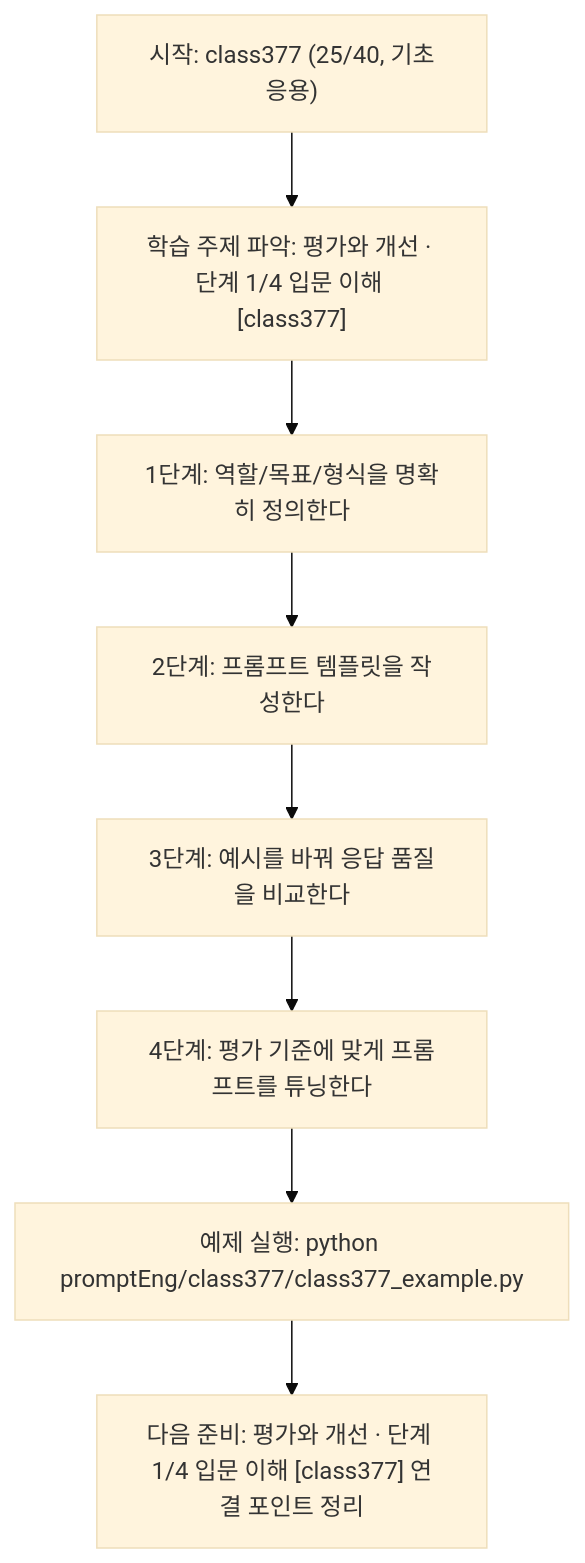
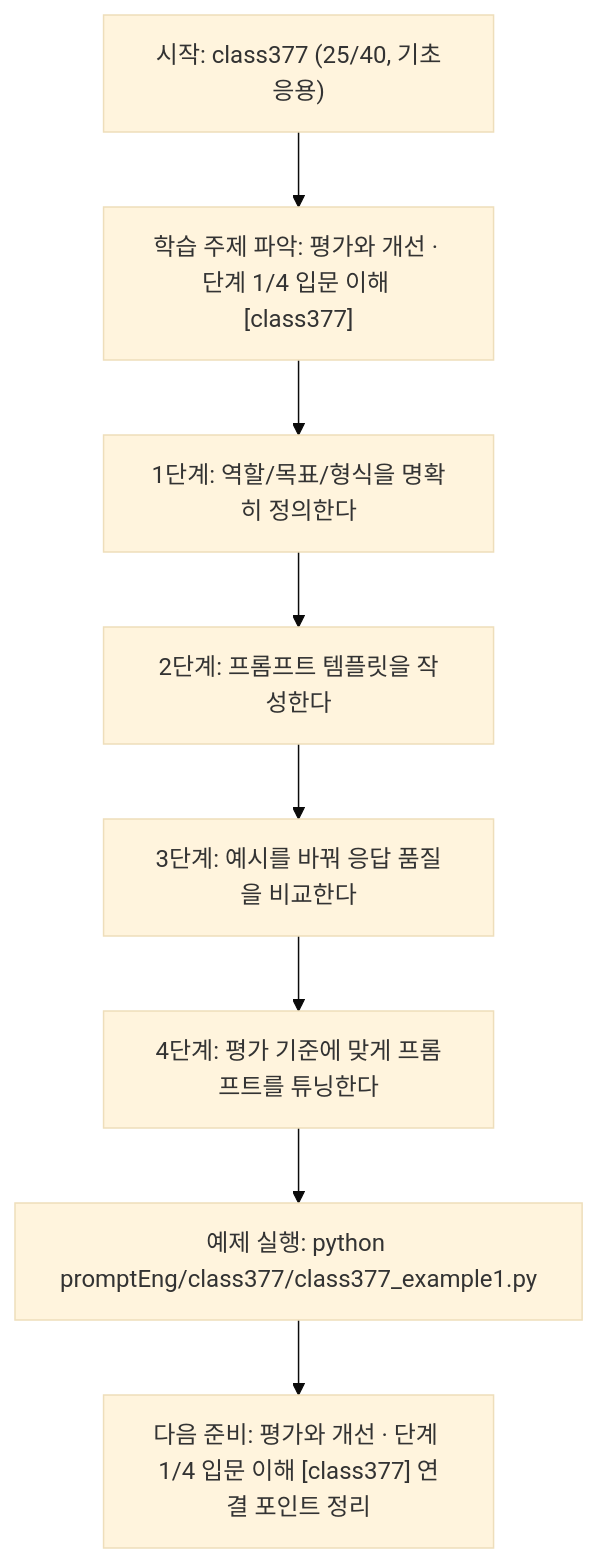
The diagram in promptEng/class377/class377.md (edumgt/Python-AI_Agent-Class), drawn with Mermaid (base theme) before and after one commit. The commit also changed other lines of this file and 2959 other files, not shown here.

````diff
--- a/promptEng/class377/class377.md
+++ b/promptEng/class377/class377.md
@@ -109,18 +109,18 @@
 ```mermaid
 flowchart TD
 N1["시작: class377 (25/40, 기초응용)"]
 N2["학습 주제 파악: 평가와 개선 · 단계 1/4 입문 이해 [class377]"]
 N3["1단계: 역할/목표/형식을 명확히 정의한다"]
 N4["2단계: 프롬프트 템플릿을 작성한다"]
 N5["3단계: 예시를 바꿔 응답 품질을 비교한다"]
 N6["4단계: 평가 기준에 맞게 프롬프트를 튜닝한다"]
-N7["예제 실행: python promptEng/class377/class377_example.py"]
+N7["예제 실행: python promptEng/class377/class377_example1.py"]
 N8["다음 준비: 평가와 개선 · 단계 1/4 입문 이해 [class377] 연결 포인트 정리"]
 N1 --> N2
 N2 --> N3
 N3 --> N4
 N4 --> N5
 N5 --> N6
 N6 --> N7
 N7 --> N8
 ```
````
